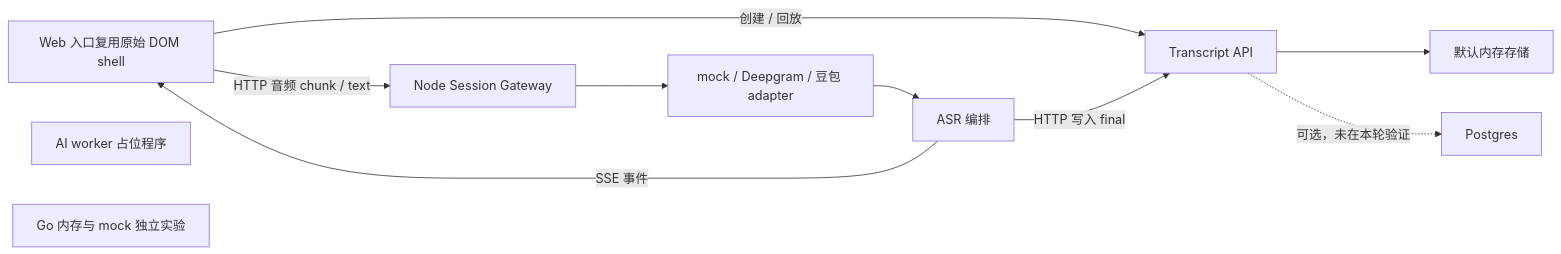
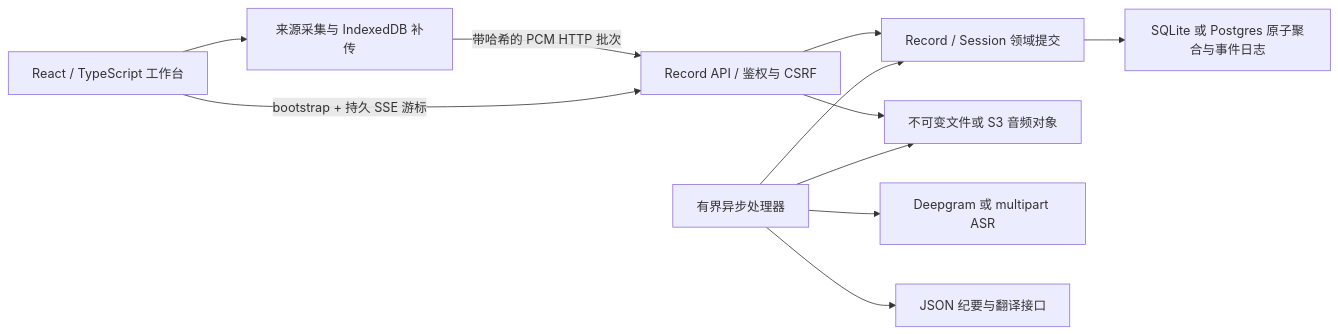
The diagram in docs/engineering/current-state.md (RoyalLiang/LingJi-Meeting-Studio), drawn with Mermaid before and after one commit. The commit also changed other lines of this file and 14 other files, not shown here.

First line of the commit message:
docs: publish runtime, API and roadmap acceptance evidence

````diff
--- a/docs/engineering/current-state.md
+++ b/docs/engineering/current-state.md
@@ -9,13 +5,13 @@
 ```mermaid
 flowchart LR
-  UI[Web 入口复用原始 DOM shell] -->|HTTP 音频 chunk / text| GW[Node Session Gateway]
-  UI -->|创建 / 回放| API[Transcript API]
-  GW --> P[mock / Deepgram / 豆包 adapter]
-  P --> O[ASR 编排]
-  O -->|HTTP 写入 final| API
-  O -->|SSE 事件| UI
-  API --> MEM[默认内存存储]
-  API -.可选，未在本轮验证.-> PG[Postgres]
-  AI[AI worker 占位程序]
-  GO[Go 内存与 mock 独立实验]
+  WEB[React / TypeScript 工作台] --> CAP[来源采集与 IndexedDB 补传]
+  CAP -->|带哈希的 PCM HTTP 批次| API[Record API / 鉴权与 CSRF]
+  WEB -->|bootstrap + 持久 SSE 游标| API
+  API --> DOMAIN[Record / Session 领域提交]
+  WORK[有界异步处理器] --> DOMAIN
+  DOMAIN --> DB[SQLite 或 Postgres 原子聚合与事件日志]
+  API --> OBJ[不可变文件或 S3 音频对象]
+  WORK --> OBJ
+  WORK --> ASR[Deepgram 或 multipart ASR]
+  WORK --> LLM[JSON 纪要与翻译接口]
 ```
````
